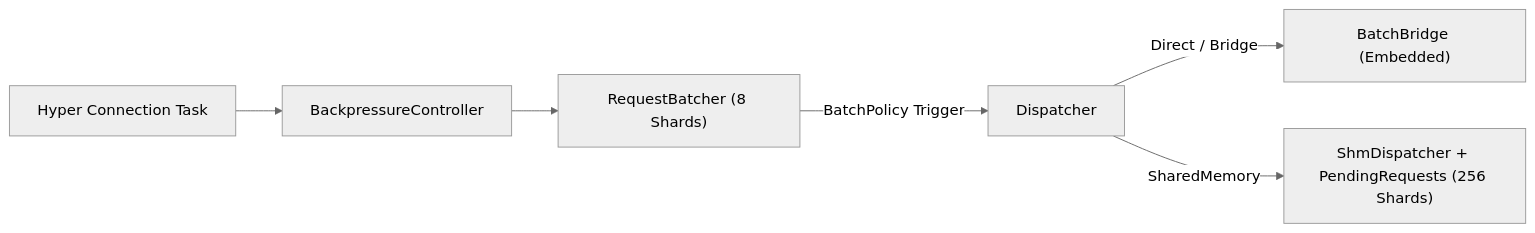
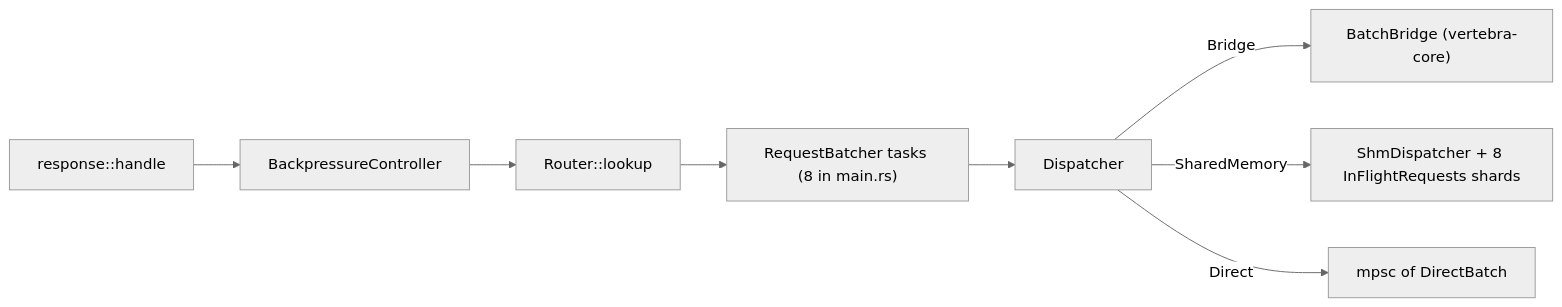
The diagram in .agents/bundles/knowledge/architecture/http/batching-dispatch-and-backpressure.md (cofin/vertebra), drawn with Mermaid (neutral theme) before and after one commit. The commit also changed other lines of this file and 318 other files, not shown here.

````diff
--- a/.agents/bundles/knowledge/architecture/http/batching-dispatch-and-backpressure.md
+++ b/.agents/bundles/knowledge/architecture/http/batching-dispatch-and-backpressure.md
@@ -29,8 +26,10 @@
 ```mermaid
 flowchart LR
-    Conn["Hyper Connection Task"] --> BP["BackpressureController"]
-    BP --> Batcher["RequestBatcher (8 Shards)"]
-    Batcher -->|"BatchPolicy Trigger"| Disp["Dispatcher"]
-    Disp -->|"Direct / Bridge"| PyBridge["BatchBridge (Embedded)"]
-    Disp -->|"SharedMemory"| ShmDisp["ShmDispatcher + PendingRequests (256 Shards)"]
+    Handle["response::handle"] --> BP["BackpressureController"]
+    BP --> Router["Router::lookup"]
+    Router --> Batcher["RequestBatcher tasks (8 in main.rs)"]
+    Batcher --> Disp["Dispatcher"]
+    Disp -->|Bridge| Bridge["BatchBridge (vertebra-core)"]
+    Disp -->|SharedMemory| Shm["ShmDispatcher + 8 InFlightRequests shards"]
+    Disp -->|Direct| Direct["mpsc of DirectBatch"]
 ```
````
